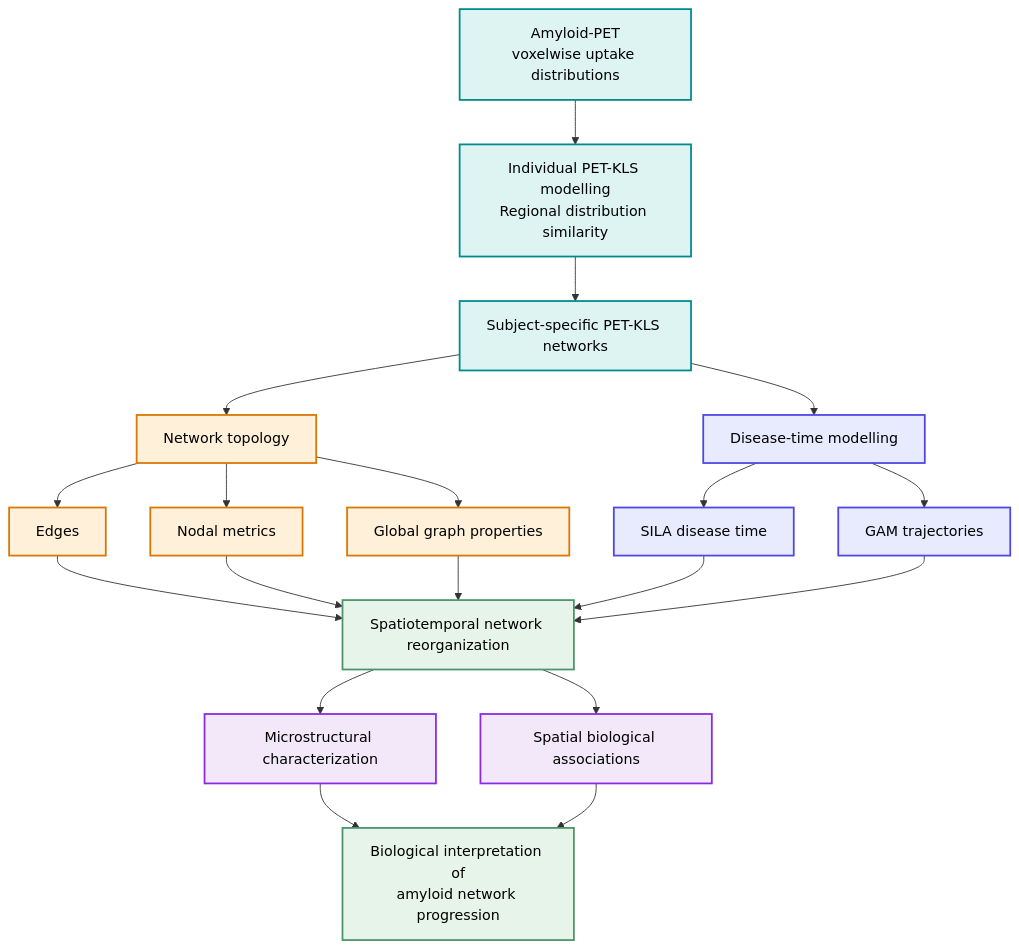
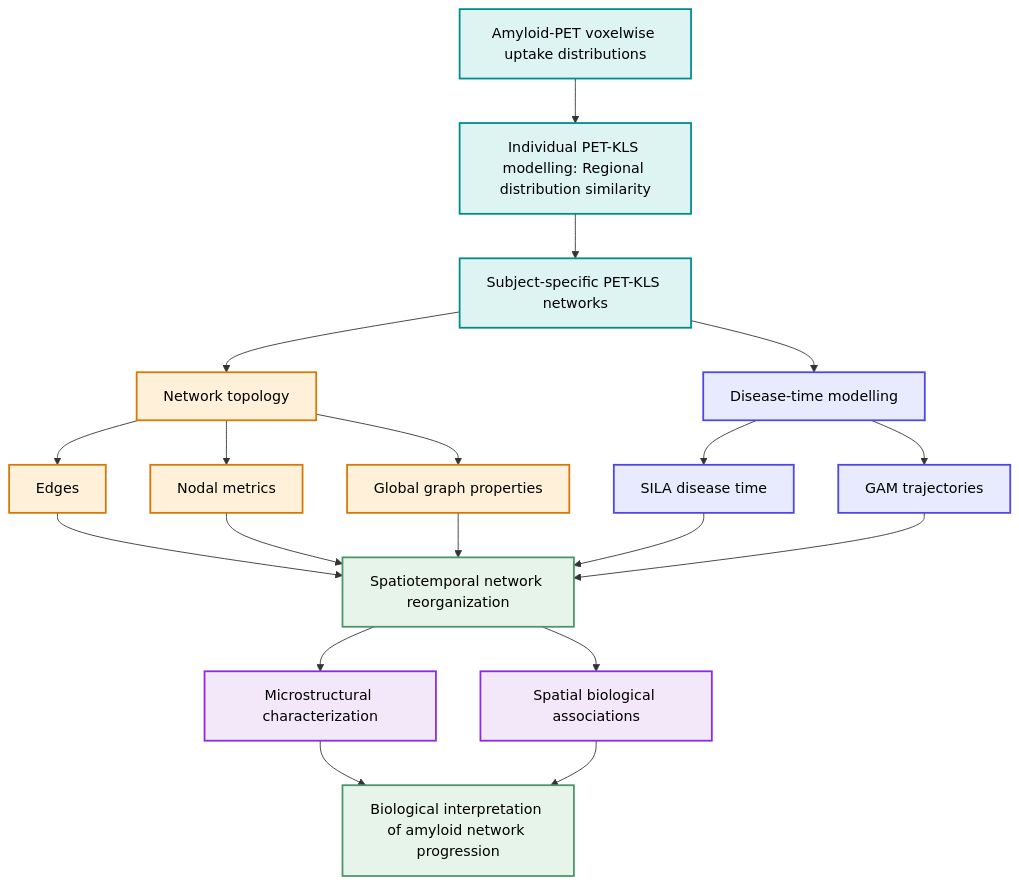
Before and after one commit to PET-KLS/.github: the diagram in profile/README.md, drawn with Mermaid. The commit also changed other lines of this file, not shown here.

Commit message:
Refine README with diagram updates and resource links
Updated Mermaid diagram labels and class definitions for clarity. Added related resources section and modified data availability section.

````diff
--- a/profile/README.md
+++ b/profile/README.md
@@ -98,60 +98,61 @@
 ```mermaid
 flowchart TD
 
-    A["Amyloid-PET<br/>voxelwise uptake distributions"]
-    B["Individual PET-KLS modelling<br/>Regional distribution similarity"]
+    A["Amyloid-PET voxelwise uptake distributions"]
+    B["Individual PET-KLS modelling: Regional distribution similarity"]
     C["Subject-specific PET-KLS networks"]
 
     D["Network topology"]
     E["Disease-time modelling"]
 
     D1["Edges"]
     D2["Nodal metrics"]
     D3["Global graph properties"]
 
     E1["SILA disease time"]
     E2["GAM trajectories"]
 
     F["Spatiotemporal network reorganization"]
 
     G["Microstructural characterization"]
     H["Spatial biological associations"]
 
-    I["Biological interpretation of<br/>amyloid network progression"]
+    I["Biological interpretation of amyloid network progression"]
 
     A --> B --> C
 
     C --> D
     C --> E
 
     D --> D1
     D --> D2
     D --> D3
 
     E --> E1
     E --> E2
 
     D1 --> F
     D2 --> F
     D3 --> F
     E1 --> F
     E2 --> F
 
     F --> G
     F --> H
 
     G --> I
     H --> I
 
-    classDef pet fill:#DDF4F3,stroke:#008B8B,stroke-width:2px,color:#000;
-    classDef topology fill:#FFF0D9,stroke:#D97706,stroke-width:2px,color:#000;
-    classDef temporal fill:#E8EAFE,stroke:#4F46E5,stroke-width:2px,color:#000;
-    classDef biology fill:#F2E8FA,stroke:#8A2BE2,stroke-width:2px,color:#000;
-    classDef synthesis fill:#E7F4EA,stroke:#4C956C,stroke-width:2px,color:#000;
+    classDef pet fill:#DDF4F3,stroke:#008B8B,stroke-width:2px,color:#000000
+    classDef topology fill:#FFF0D9,stroke:#D97706,stroke-width:2px,color:#000000
+    classDef temporal fill:#E8EAFE,stroke:#4F46E5,stroke-width:2px,color:#000000
+    classDef biology fill:#F2E8FA,stroke:#8A2BE2,stroke-width:2px,color:#000000
+    classDef synthesis fill:#E7F4EA,stroke:#4C956C,stroke-width:2px,color:#000000
 
-    class A,B,C pet;
-    class D,D1,D2,D3 topology;
-    class E,E1,E2 temporal;
-    class G,H biology;
-    class F,I synthesis;
+    class A,B,C pet
+    class D,D1,D2,D3 topology
+    class E,E1,E2 temporal
+    class G,H biology
+    class F,I synthesis
+
 ```
````
